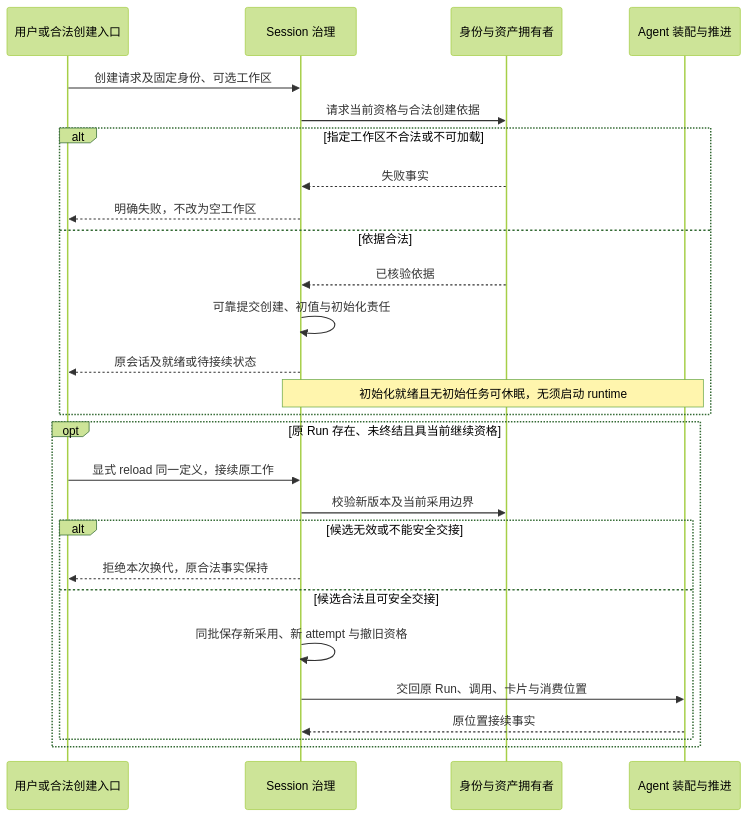
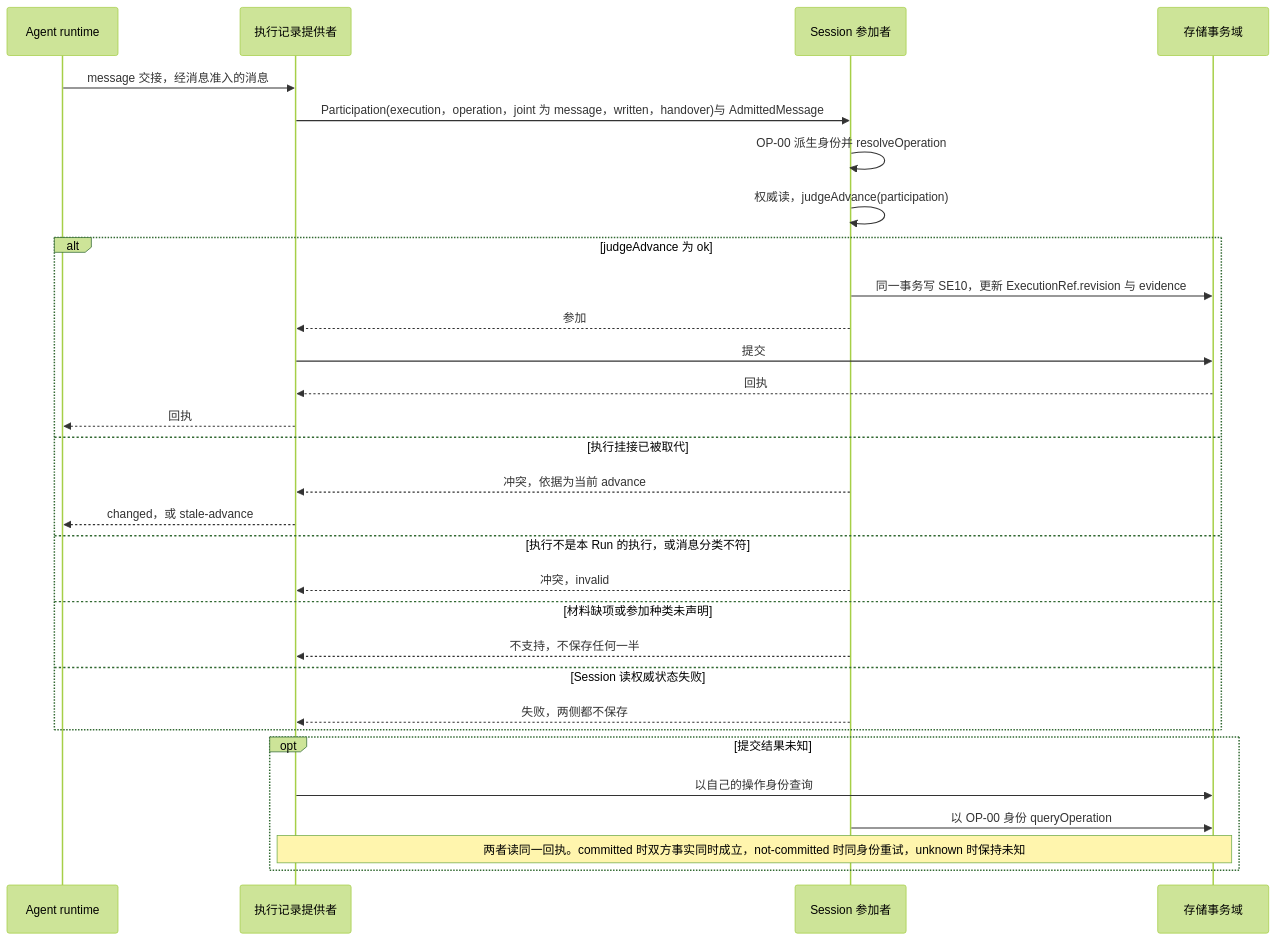
One commit to nemori-ai/omne-harness-lite changed the second of 17 diagrams in packages/session/session-contract/docs/flows/scenarios.md. Above: the diagram before and after it, drawn with Mermaid (forest theme). The commit also changed other lines of this file and 5 other files, not shown here.

````diff
--- a/packages/session/session-contract/docs/flows/scenarios.md
+++ b/packages/session/session-contract/docs/flows/scenarios.md
@@ -22,29 +109,32 @@
 ```mermaid
 sequenceDiagram
-    participant U as 用户或合法创建入口
-    participant S as Session 治理
-    participant O as 身份与资产拥有者
-    participant A as Agent 装配与推进
-    U->>S: 创建请求及固定身份、可选工作区
-    S->>O: 请求当前资格与合法创建依据
-    alt 指定工作区不合法或不可加载
-        O-->>S: 失败事实
-        S-->>U: 明确失败，不改为空工作区
-    else 依据合法
-        O-->>S: 已核验依据
-        S->>S: 可靠提交创建、初值与初始化责任
-        S-->>U: 原会话及就绪或待接续状态
-        Note over S,A: 初始化就绪且无初始任务可休眠，无须启动 runtime
+    participant A as Agent runtime
+    participant J as 执行记录提供者
+    participant S as Session 参加者
+    participant D as 存储事务域
+    A->>J: message 交接，经消息准入的消息
+    J->>S: Participation(execution，operation，joint 为 message，written，handover)与 AdmittedMessage
+    S->>S: OP-00 派生身份并 resolveOperation
+    S->>S: 权威读，judgeAdvance(participation)
+    alt judgeAdvance 为 ok
+        S->>D: 同一事务写 SE10，更新 ExecutionRef.revision 与 evidence
+        S-->>J: 参加
+        J->>D: 提交
+        D-->>J: 回执
+        J-->>A: 回执
+    else 执行挂接已被取代
+        S-->>J: 冲突，依据为当前 advance
+        J-->>A: changed，或 stale-advance
+    else 执行不是本 Run 的执行，或消息分类不符
+        S-->>J: 冲突，invalid
+    else 材料缺项或参加种类未声明
+        S-->>J: 不支持，不保存任何一半
+    else Session 读权威状态失败
+        S-->>J: 失败，两侧都不保存
     end
-    opt 原 Run 存在、未终结且具当前继续资格
-        U->>S: 显式 reload 同一定义，接续原工作
-        S->>O: 校验新版本及当前采用边界
-        alt 候选无效或不能安全交接
-            S-->>U: 拒绝本次换代，原合法事实保持
-        else 候选合法且可安全交接
-            S->>S: 同批保存新采用、新 attempt 与撤旧资格
-            S->>A: 交回原 Run、调用、卡片与消费位置
-            A-->>S: 原位置接续事实
-        end
+    opt 提交结果未知
+        J->>D: 以自己的操作身份查询
+        S->>D: 以 OP-00 身份 queryOperation
+        Note over J,D: 两者读同一回执。committed 时双方事实同时成立，not-committed 时同身份重试，unknown 时保持未知
     end
 ```
````
